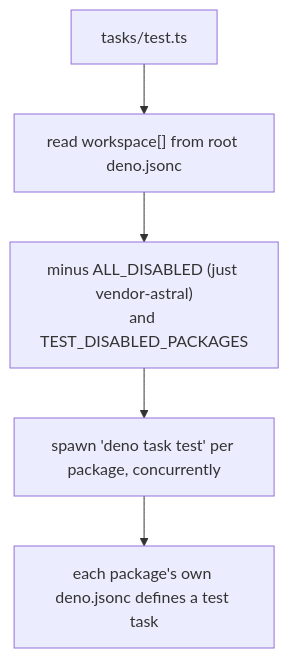
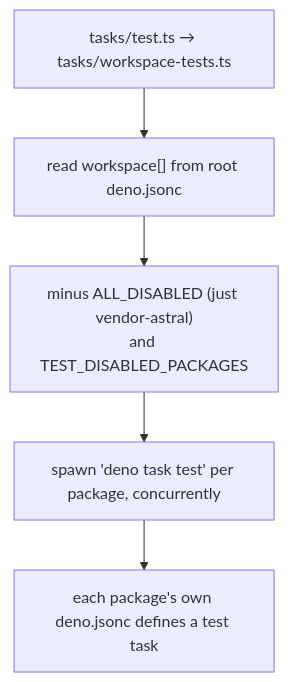
Before and after one commit to commontoolsinc/labs: the third of 5 diagrams in docs/development/orientation/tooling-and-patterns.md, drawn with Mermaid. The commit also changed other lines of this file and 8 other files, not shown here.

````diff
--- a/docs/development/orientation/tooling-and-patterns.md
+++ b/docs/development/orientation/tooling-and-patterns.md
@@ -71,10 +73,10 @@
 ```mermaid
 flowchart TB
-    runner_["tasks/test.ts"]
+    runner_["tasks/test.ts → tasks/workspace-tests.ts"]
     list["read workspace[] from root deno.jsonc"]
     skip["minus ALL_DISABLED (just vendor-astral)<br/>and TEST_DISABLED_PACKAGES"]
     fan["spawn 'deno task test' per package, concurrently"]
     each["each package's own deno.jsonc defines a test task"]
 
     runner_ --> list --> skip --> fan --> each
 ```
````
